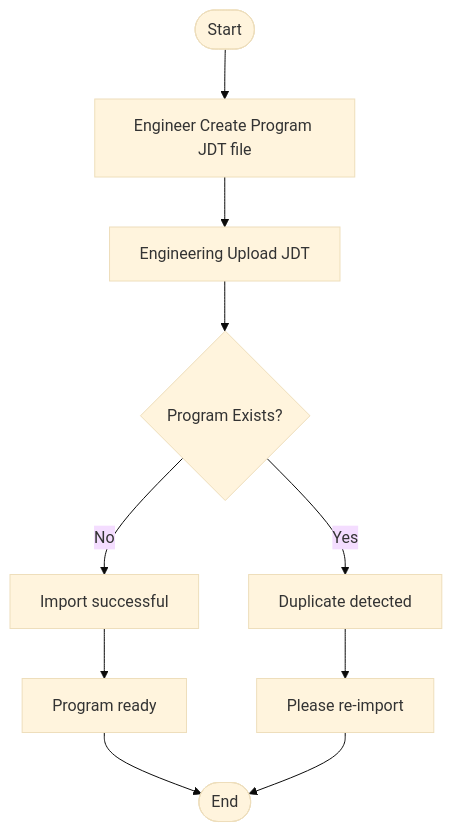
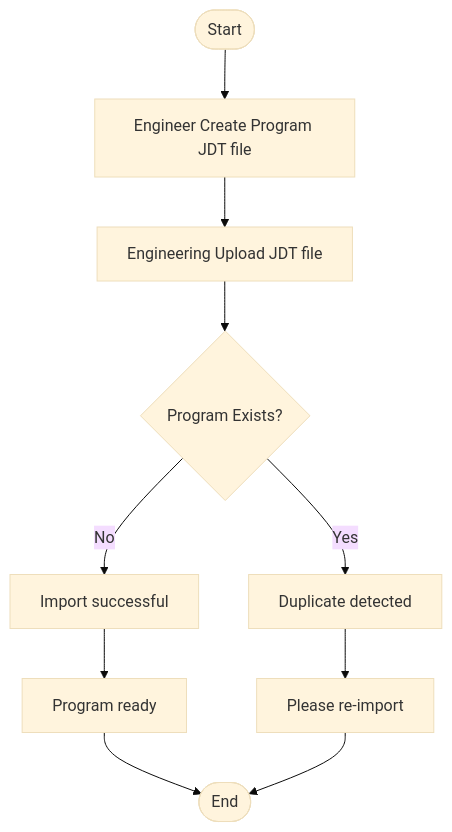
Before and after one commit to Sanjel-Energy-Services/eService_WorkItems: the diagram in Documents/01 - Cementing Service Invitation/05 - Prepare Job Design/process.md, drawn with Mermaid (base theme). The commit also changed 12 other files, not shown here.

````diff
--- a/Documents/01 - Cementing Service Invitation/05 - Prepare Job Design/process.md
+++ b/Documents/01 - Cementing Service Invitation/05 - Prepare Job Design/process.md
@@ -4,13 +4,13 @@
 ```mermaid
 flowchart TD
     S([Start]) -->A1[Engineer Create Program JDT file]
-    A1-->A[Engineering Upload JDT]
+    A1-->A[Engineering Upload JDT file]
     A--> B{Program Exists?}
     B -- Yes --> C[Duplicate detected]
     C --> D[Please re-import]
     B -- No --> E[Import successful]
     E --> F[Program ready]
     F --> O([End])
     D --> O
     
 ```
````
